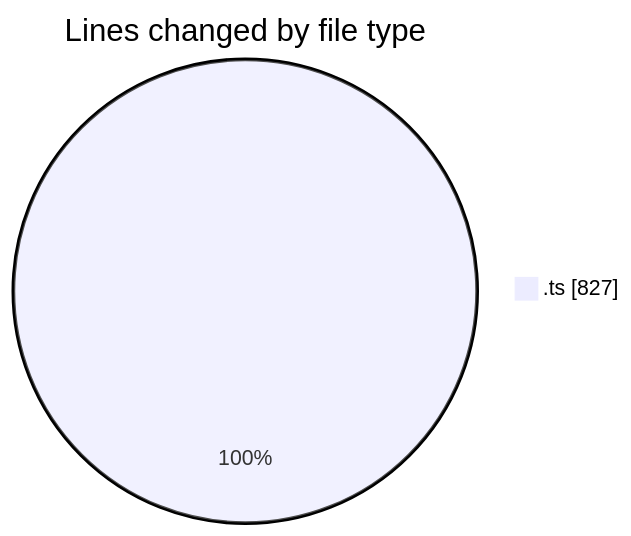
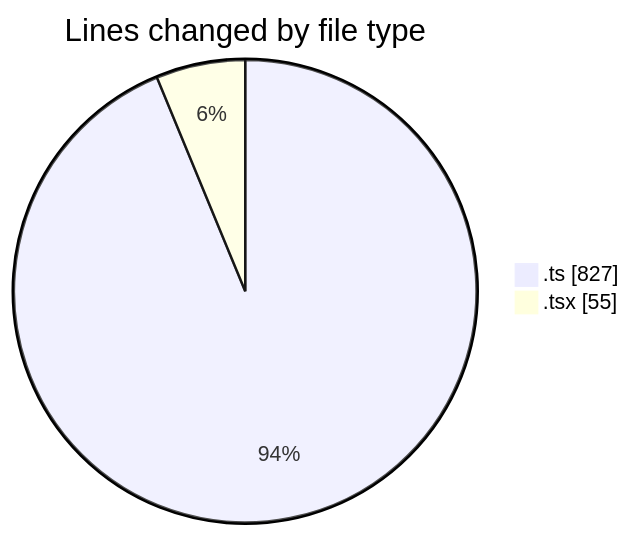
The first of 2 diagrams in 2026-03-04/nxtqube_webapp/README.md (nxtqubesakshisongat/code-tracking), drawn with Mermaid before and after one commit. The commit also changed other lines of this file and 1 other file, not shown here.

````diff
--- a/2026-03-04/nxtqube_webapp/README.md
+++ b/2026-03-04/nxtqube_webapp/README.md
@@ -20,5 +21,6 @@
 ```mermaid
 pie showData
 title Lines changed by file type
 ".ts" : 827
+".tsx" : 55
 ```
````
